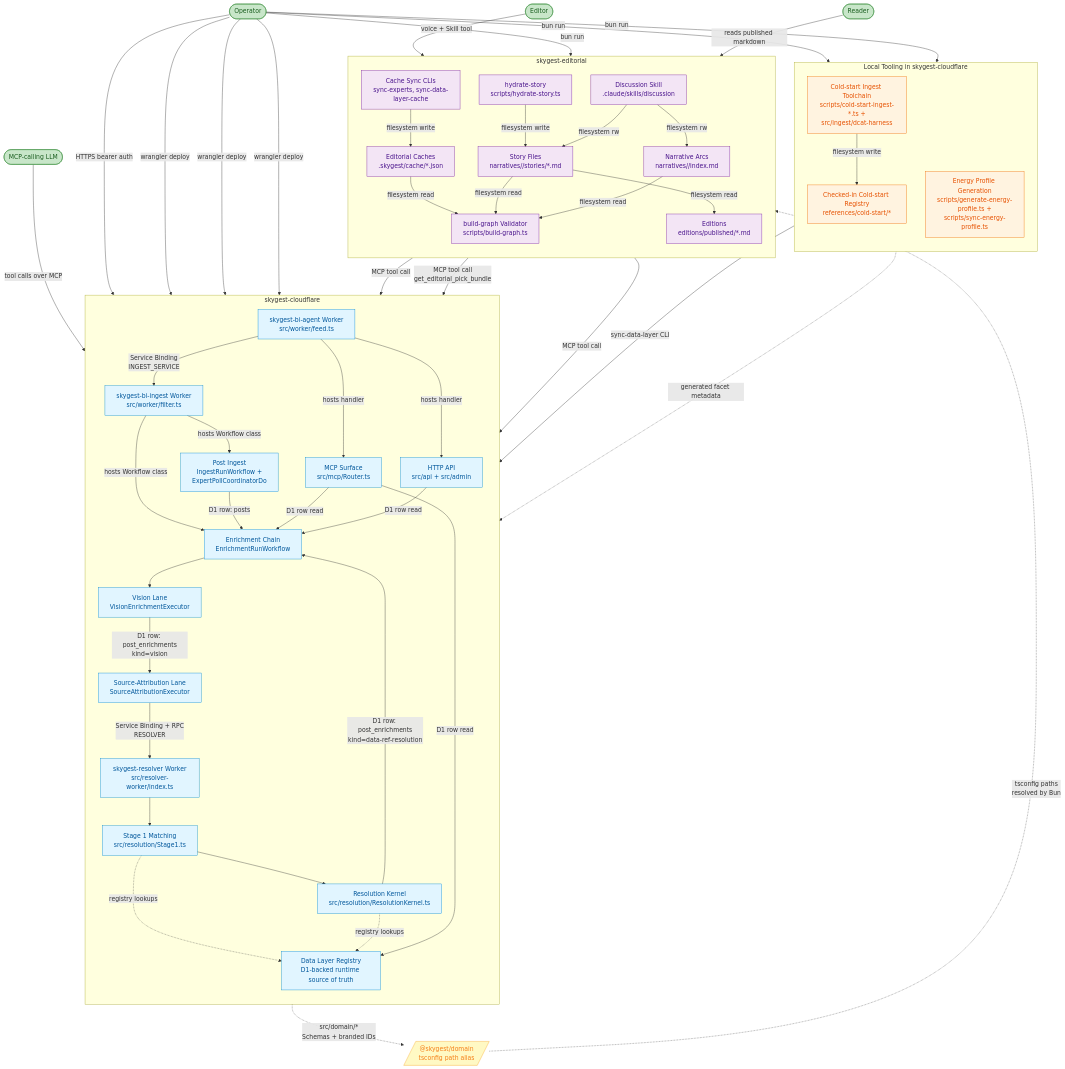
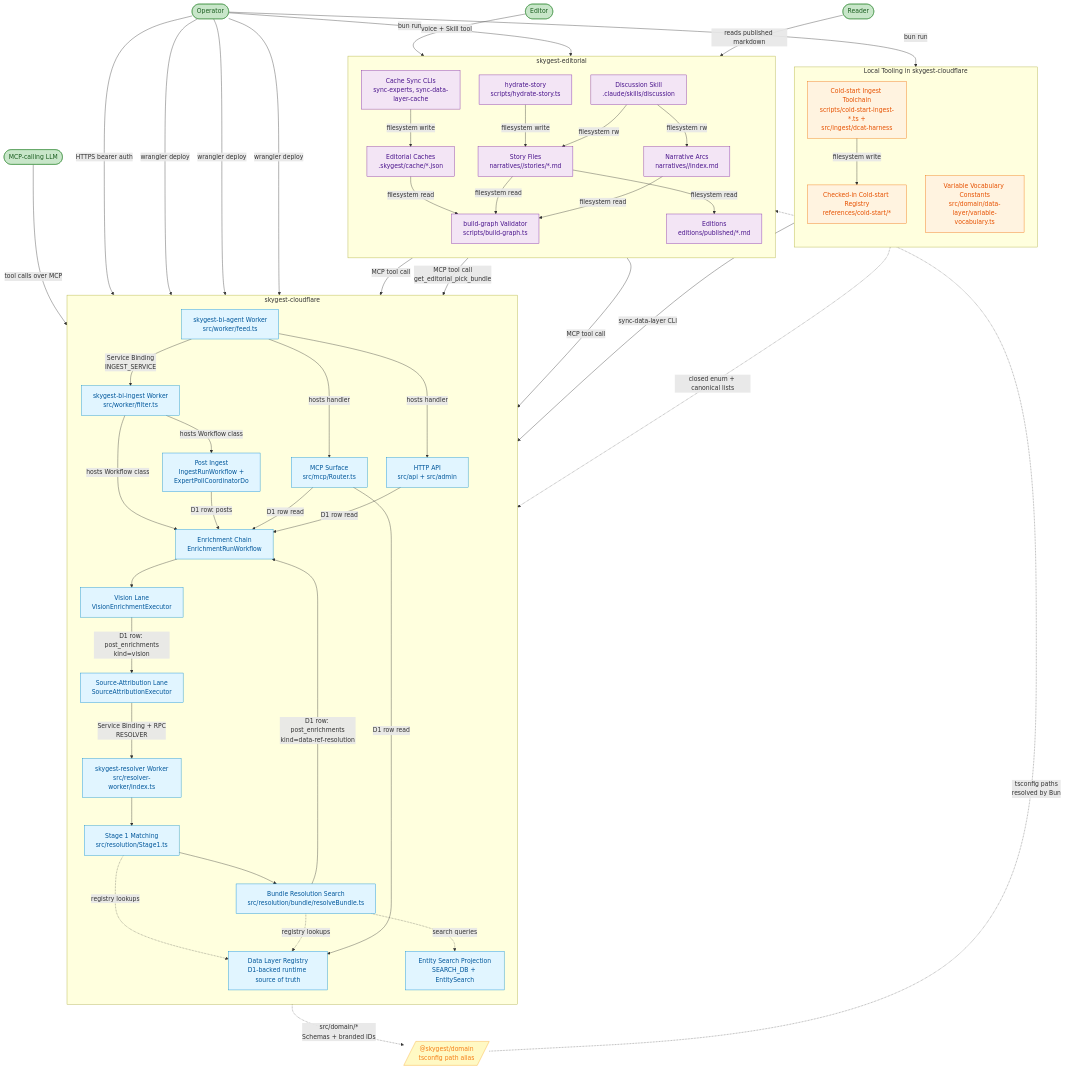
One commit to mepuka/skygest changed the diagram in docs/architecture/system-context.md. Above: the diagram before and after it, drawn with Mermaid. The commit also changed other lines of this file and 85 other files, not shown here.

First line of the commit message:
SKY-367: remove the facet resolver pipeline from the live path (#133)

````diff
--- a/docs/architecture/system-context.md
+++ b/docs/architecture/system-context.md
@@ -23,8 +23,9 @@
     SrcAttr[Source-Attribution Lane<br/>SourceAttributionExecutor]
     Resolver[skygest-resolver Worker<br/>src/resolver-worker/index.ts]
     Stage1[Stage 1 Matching<br/>src/resolution/Stage1.ts]
-    Kernel[Resolution Kernel<br/>src/resolution/ResolutionKernel.ts]
+    Search[Bundle Resolution Search<br/>src/resolution/bundle/resolveBundle.ts]
     Registry[Data Layer Registry<br/>D1-backed runtime source of truth]
+    SearchProjection[Entity Search Projection<br/>SEARCH_DB + EntitySearch]
     MCP[MCP Surface<br/>src/mcp/Router.ts]
     Api[HTTP API<br/>src/api + src/admin]
   end
@@ -33,7 +34,7 @@
     direction TB
     ColdStart[Cold-start Ingest Toolchain<br/>scripts/cold-start-ingest-*.ts +<br/>src/ingest/dcat-harness]
     Seed[Checked-in Cold-start Registry<br/>references/cold-start/*]
-    Profile[Energy Profile Generation<br/>scripts/generate-energy-profile.ts +<br/>scripts/sync-energy-profile.ts]
+    VariableVocab[Variable Vocabulary Constants<br/>src/domain/data-layer/variable-vocabulary.ts]
   end
 
   subgraph ED[skygest-editorial]
@@ -61,14 +62,15 @@
   Vision -->|D1 row: post_enrichments<br/>kind=vision| SrcAttr
   SrcAttr -->|Service Binding + RPC<br/>RESOLVER| Resolver
   Resolver --> Stage1
-  Stage1 --> Kernel
+  Stage1 --> Search
   Stage1 -.->|registry lookups| Registry
-  Kernel -.->|registry lookups| Registry
-  Kernel -->|D1 row: post_enrichments<br/>kind=data-ref-resolution| Enrich
+  Search -.->|registry lookups| Registry
+  Search -.->|search queries| SearchProjection
+  Search -->|D1 row: post_enrichments<br/>kind=data-ref-resolution| Enrich
 
   ColdStart -->|filesystem write| Seed
   Seed -->|sync-data-layer CLI| Registry
-  Profile -.->|generated facet metadata| Kernel
+  VariableVocab -.->|closed enum + canonical lists| Registry
 
   MCP -->|D1 row read| Enrich
   MCP -->|D1 row read| Registry
@@ -94,7 +96,6 @@
   Operator -->|HTTPS bearer auth| Api
   Operator -->|bun run| Sync
   Operator -->|bun run| ColdStart
-  Operator -->|bun run| Profile
   Operator -->|wrangler deploy| IngestWorker
   Operator -->|wrangler deploy| AgentWorker
   Operator -->|wrangler deploy| Resolver
@@ -106,9 +107,9 @@
   classDef tools fill:#fff3e0,stroke:#ef6c00,color:#e65100
   classDef actor fill:#c8e6c9,stroke:#388e3c,color:#1b5e20
 
-  class IngestWorker,AgentWorker,Ingest,Enrich,Vision,SrcAttr,Resolver,Stage1,Kernel,Registry,MCP,Api cf
+  class IngestWorker,AgentWorker,Ingest,Enrich,Vision,SrcAttr,Resolver,Stage1,Search,Registry,SearchProjection,MCP,Api cf
   class Hydrate,Sync,Caches,BuildGraph,Discussion,Stories,Arcs,Editions ed
   class DomainBridge bridge
-  class ColdStart,Seed,Profile tools
+  class ColdStart,Seed,VariableVocab tools
   class Reader,Editor,MCPModel,Operator actor
 ```
````
